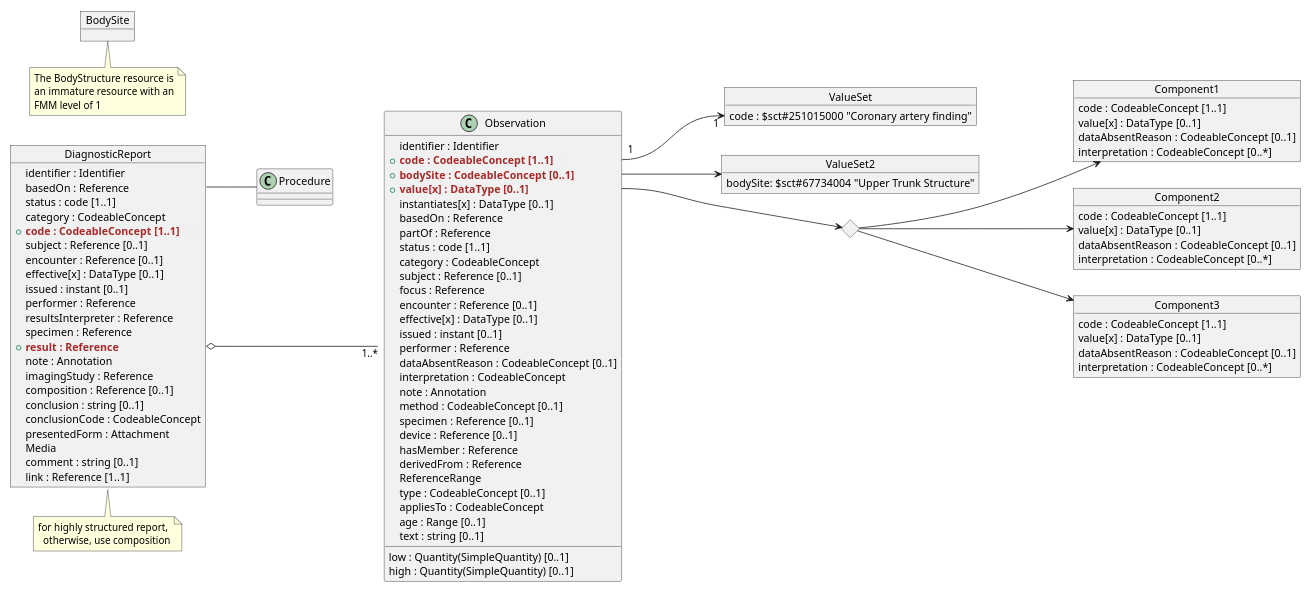
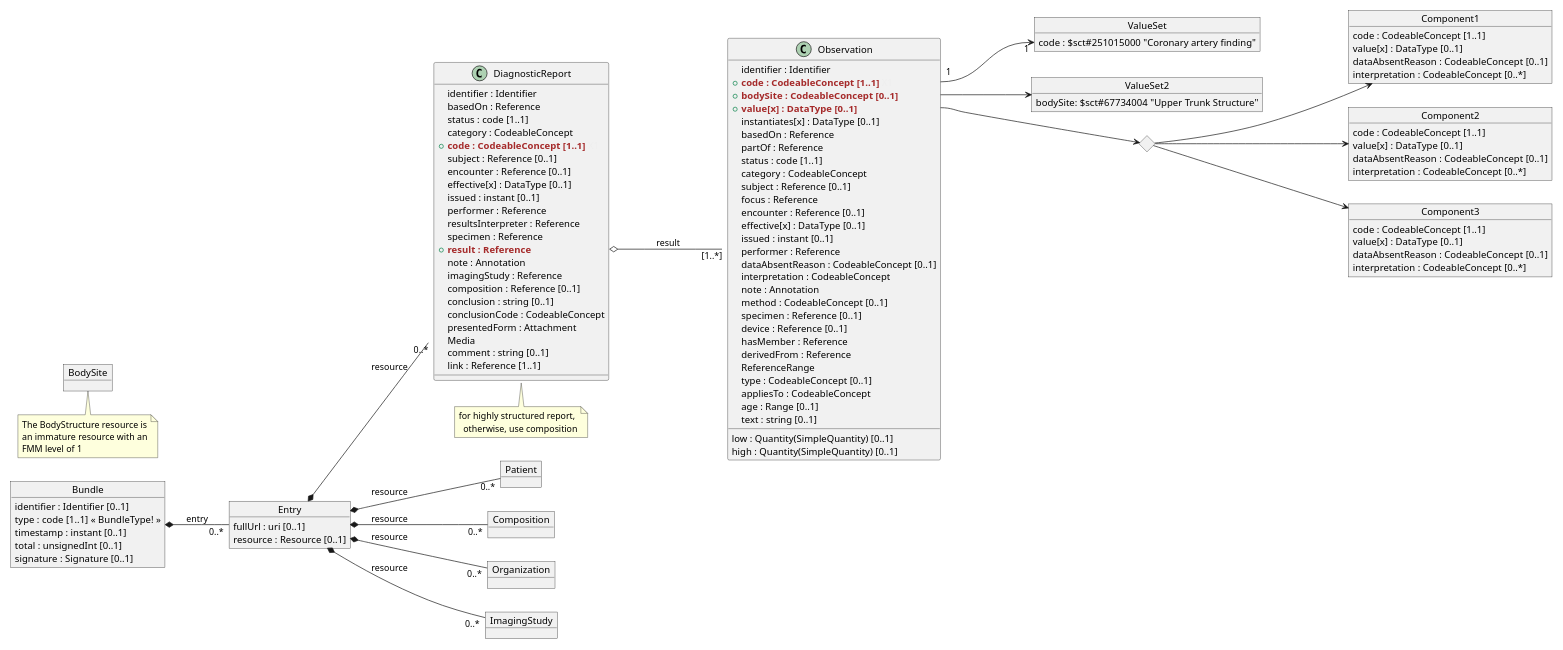
The diagram in images-source/doc.puml (xmiao/AI.interoperability), drawn with PlantUML before and after one commit.

```diff
--- a/images-source/doc.puml
+++ b/images-source/doc.puml
@@ -1,129 +1,160 @@
 @startuml PERT
 'https://plantuml.com/object-diagram
 
 scale 600 height
 hide @unlinked
 
+left to right direction
 
-left to right direction
+object Bundle {
+    identifier : Identifier [0..1]
+    type : code [1..1] « BundleType! »
+    timestamp : instant [0..1]
+    total : unsignedInt [0..1]
+    signature : Signature [0..1]
+}
+
+object Entry {
+    fullUrl : uri [0..1]
+    resource : Resource [0..1]
+}
+
+Bundle *--"0..*" Entry : entry
+
+object Patient {
+}
+
+object Composition {
+}
+
+object Organization {
+}
+
+object ImagingStudy {
+}
+
+Entry *--"0..*" Patient : resource
+Entry *--"0..*" Composition : resource
+Entry *--"0..*" Organization : resource
+Entry *--"0..*" ImagingStudy : resource
+Entry *--"0..*" DiagnosticReport : resource
 
 object DiagnosticReport {
     identifier : Identifier
     basedOn : Reference
     status : code [1..1]
     category : CodeableConcept
   + <b><color brown>code : CodeableConcept [1..1]</color></b> <color #eee>X1</color>
     subject : Reference [0..1]
     encounter : Reference [0..1]
     effective[x] : DataType [0..1]
     issued : instant [0..1]
     performer : Reference
     resultsInterpreter : Reference
     specimen : Reference
   + <b><color brown>result : Reference</color></b>
     note : Annotation
     imagingStudy : Reference
     composition : Reference [0..1]
     conclusion : string [0..1]
     conclusionCode : CodeableConcept
     presentedForm : Attachment
     Media
     comment : string [0..1]
     link : Reference [1..1]
 }
 note bottom
   for highly structured report,
     otherwise, use composition
 end note
 
-DiagnosticReport::basedOn -- Procedure
-DiagnosticReport::result o--- "1..*" Observation
+'DiagnosticReport::basedOn -- Procedure
+DiagnosticReport::result o--- "[1..*]" Observation : result
 
 object ImagingStudy{
 
 }
 
 
 object Observation{
     identifier : Identifier
   +  <b><color brown>code : CodeableConcept [1..1]</color></b> <color #eee>X1</color>
   +  <b><color brown>bodySite : CodeableConcept [0..1]</color></b>
   +  <b><color brown>value[x] : DataType [0..1]</color></b>
     instantiates[x] : DataType [0..1]
     basedOn : Reference
     partOf : Reference
     status : code [1..1]
     category : CodeableConcept
     subject : Reference [0..1]
     focus : Reference
     encounter : Reference [0..1]
     effective[x] : DataType [0..1]
     issued : instant [0..1]
     performer : Reference
     dataAbsentReason : CodeableConcept [0..1]
     interpretation : CodeableConcept
     note : Annotation
     method : CodeableConcept [0..1]
     specimen : Reference [0..1]
     device : Reference [0..1]
     hasMember : Reference
     derivedFrom : Reference
     ReferenceRange
     low : Quantity(SimpleQuantity) [0..1]
     high : Quantity(SimpleQuantity) [0..1]
     type : CodeableConcept [0..1]
     appliesTo : CodeableConcept
     age : Range [0..1]
     text : string [0..1]
 }
-
 
 object BodySite {
 
 }
 
 note bottom
   The BodyStructure resource is
   an immature resource with an
   FMM level of 1
 end note
 
 object Component1 {
     code : CodeableConcept [1..1]
     value[x] : DataType [0..1]
     dataAbsentReason : CodeableConcept [0..1]
     interpretation : CodeableConcept [0..*]
 }
 
 object Component2 {
     code : CodeableConcept [1..1]
     value[x] : DataType [0..1]
     dataAbsentReason : CodeableConcept [0..1]
     interpretation : CodeableConcept [0..*]
 }
 
 object Component3 {
     code : CodeableConcept [1..1]
     value[x] : DataType [0..1]
     dataAbsentReason : CodeableConcept [0..1]
     interpretation : CodeableConcept [0..*]
 }
 
 object ValueSet {
     code : $sct#251015000 "Coronary artery finding"
 }
 
 <> d1
 
 object ValueSet2{
     bodySite: $sct#67734004 "Upper Trunk Structure"
 }
 
 Observation::X1 "1" ---> "1" ValueSet::code
 Observation::bodySite ---> ValueSet2
 Observation::value ---> d1
 d1 ---> Component1
 d1 ---> Component2
 d1 ---> Component3
 
 @enduml
```
